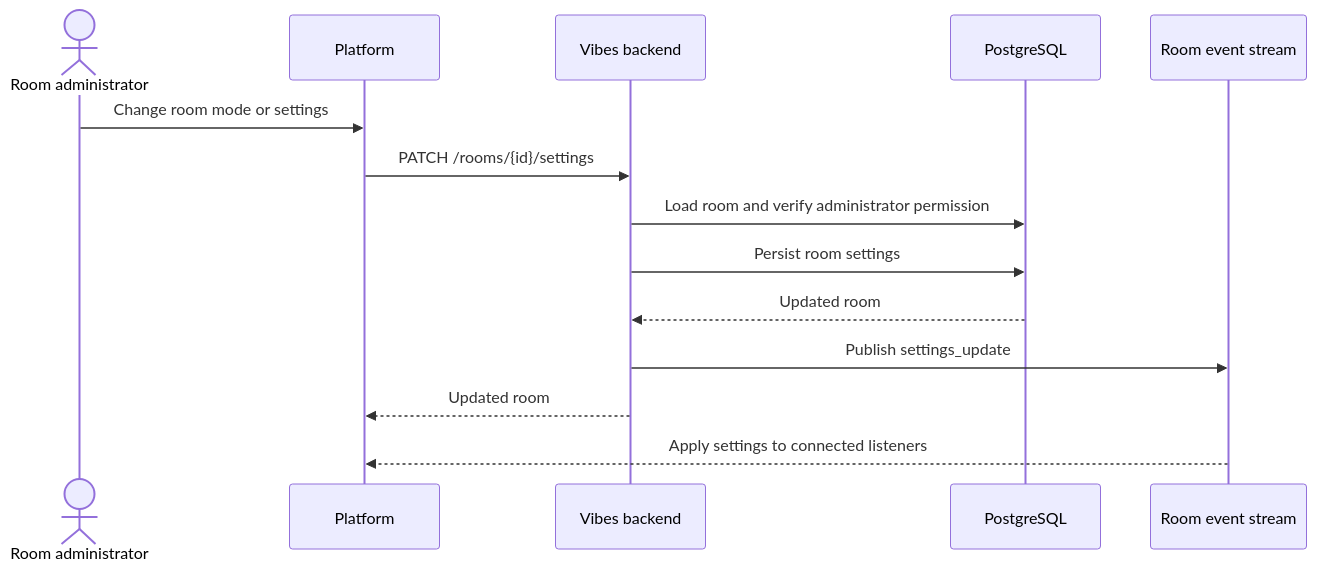
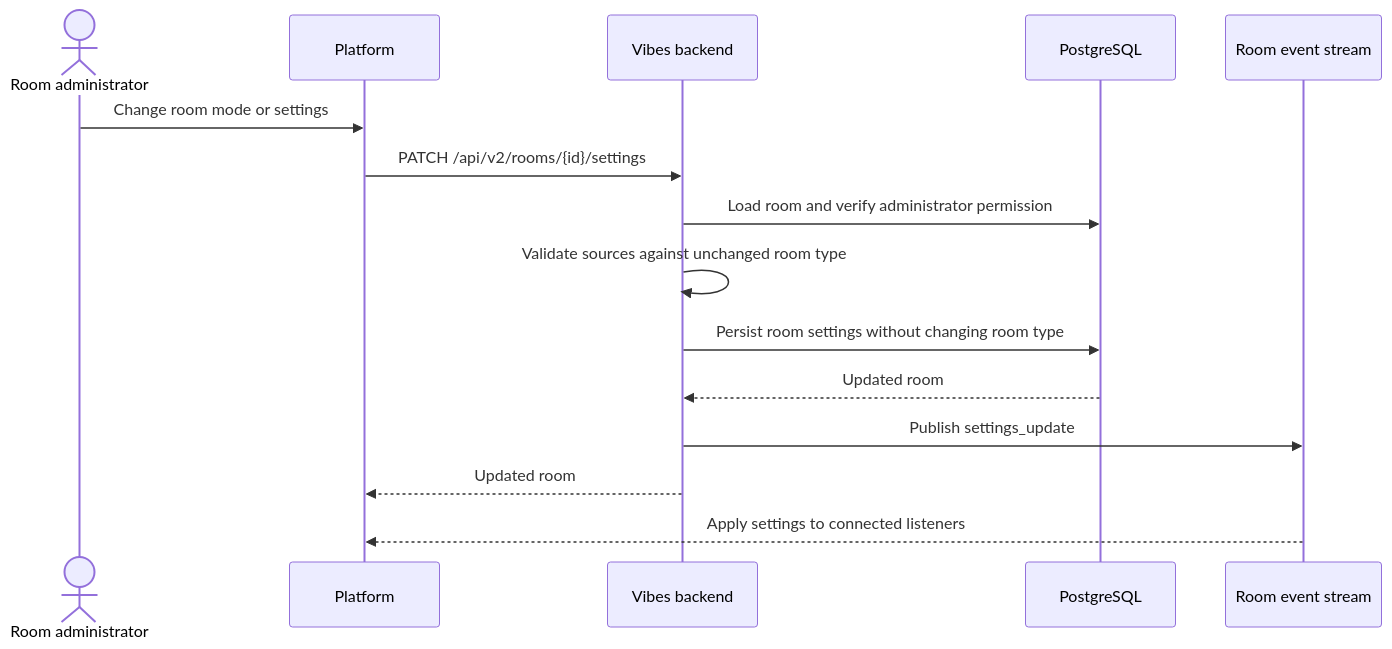
Before and after one commit to zoff-music/vibes-backend: the fourth of 5 diagrams in docs/flows/rooms.md, drawn with Mermaid. The commit also changed other lines of this file and 69 other files, not shown here.

````diff
--- a/docs/flows/rooms.md
+++ b/docs/flows/rooms.md
@@ -78,17 +82,18 @@
 ```mermaid
 sequenceDiagram
     actor Admin as Room administrator
     participant Platform
     participant API as Vibes backend
     participant DB as PostgreSQL
     participant Events as Room event stream
 
     Admin->>Platform: Change room mode or settings
-    Platform->>API: PATCH /rooms/{id}/settings
+    Platform->>API: PATCH /api/v2/rooms/{id}/settings
     API->>DB: Load room and verify administrator permission
-    API->>DB: Persist room settings
+    API->>API: Validate sources against unchanged room type
+    API->>DB: Persist room settings without changing room type
     DB-->>API: Updated room
     API->>Events: Publish settings_update
     API-->>Platform: Updated room
     Events-->>Platform: Apply settings to connected listeners
 ```
````
